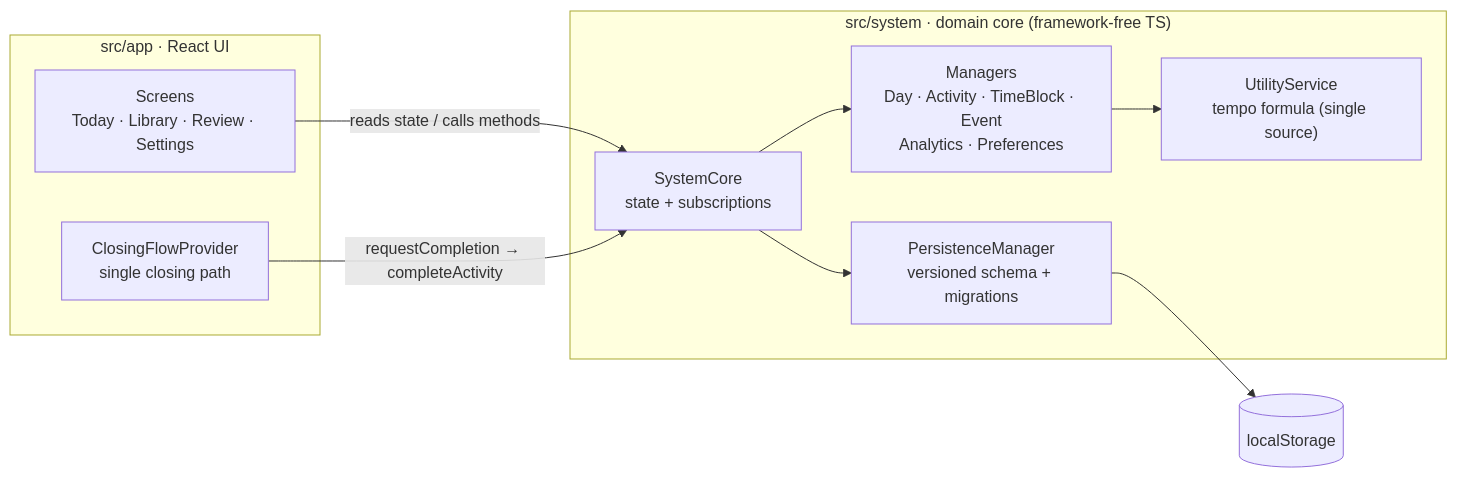
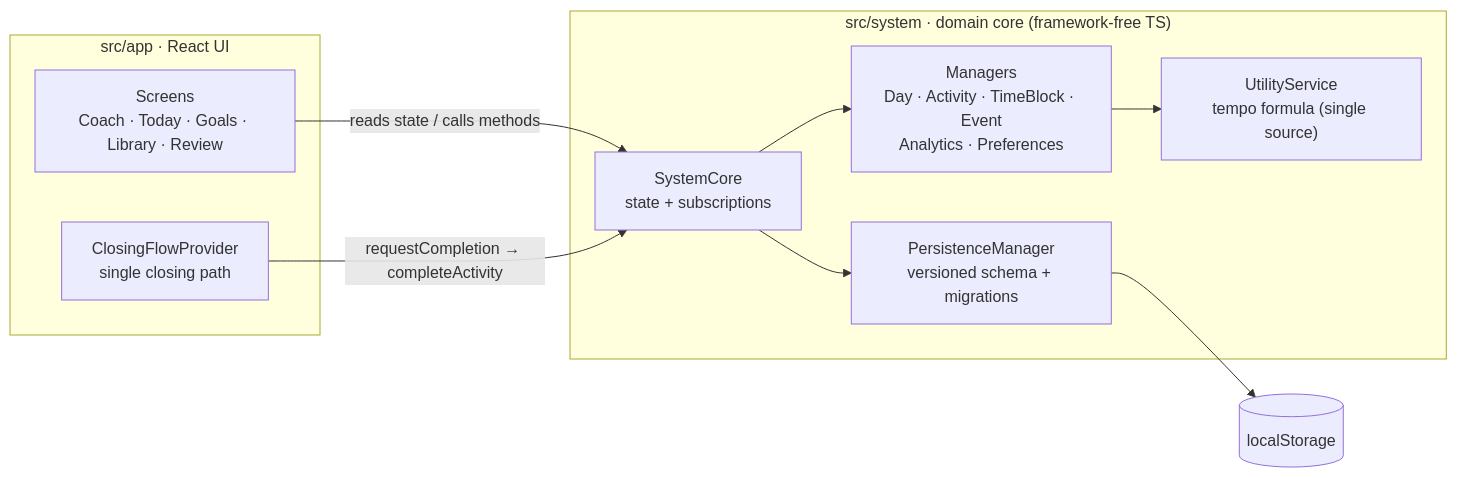
Before and after one commit to Felichz/life-ui: the diagram in README.md, drawn with Mermaid. The commit also changed other lines of this file and 12 other files, not shown here.

````diff
--- a/README.md
+++ b/README.md
@@ -46,17 +50,17 @@
 ```mermaid
 flowchart LR
   subgraph UI["src/app · React UI"]
-    Screens["Screens<br/>Today · Library · Review · Settings"]
+    Screens["Screens<br/>Coach · Today · Goals · Library · Review"]
     Flow["ClosingFlowProvider<br/>single closing path"]
   end
   subgraph Core["src/system · domain core (framework-free TS)"]
     SC["SystemCore<br/>state + subscriptions"]
     M["Managers<br/>Day · Activity · TimeBlock · Event<br/>Analytics · Preferences"]
     U["UtilityService<br/>tempo formula (single source)"]
     P["PersistenceManager<br/>versioned schema + migrations"]
   end
   Screens -- "reads state / calls methods" --> SC
   Flow -- "requestCompletion → completeActivity" --> SC
   SC --> M --> U
   SC --> P --> LS[("localStorage")]
 ```
````
